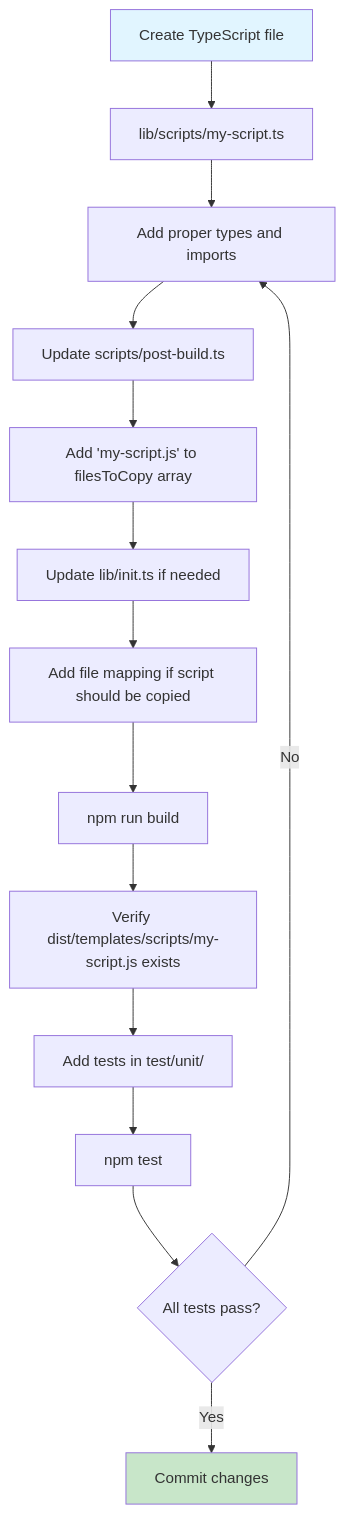
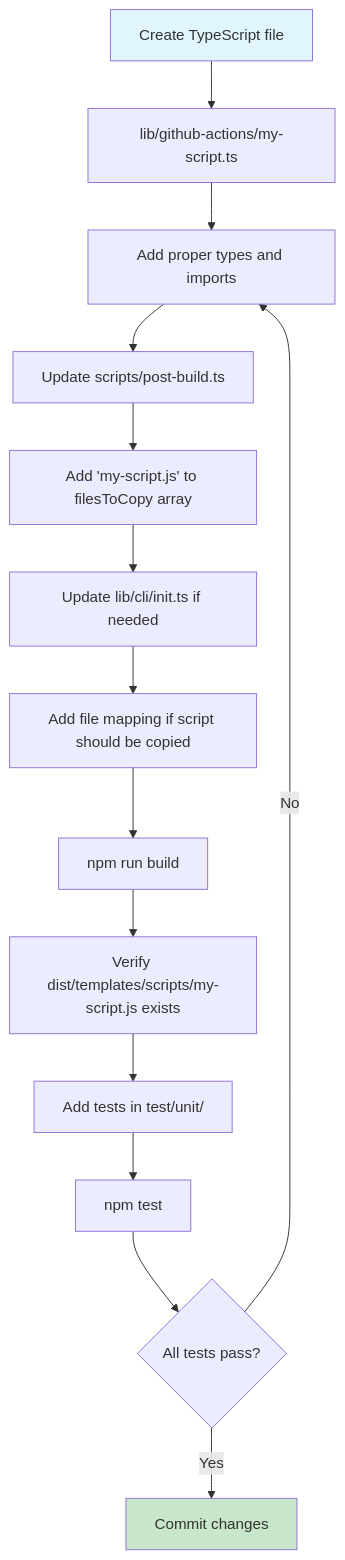
Before and after one commit to carolinapowers/vue-tdd-automation: the fourth of 4 diagrams in docs/ARCHITECTURE.md, drawn with Mermaid. The commit also changed other lines of this file and 4 other files, not shown here.

````diff
--- a/docs/ARCHITECTURE.md
+++ b/docs/ARCHITECTURE.md
@@ -230,19 +235,19 @@
 ```mermaid
 graph TD
-    A[Create TypeScript file] --> B[lib/scripts/my-script.ts]
+    A[Create TypeScript file] --> B[lib/github-actions/my-script.ts]
     B --> C[Add proper types and imports]
     C --> D[Update scripts/post-build.ts]
     D --> E[Add 'my-script.js' to filesToCopy array]
-    E --> F[Update lib/init.ts if needed]
+    E --> F[Update lib/cli/init.ts if needed]
     F --> G[Add file mapping if script should be copied]
     G --> H[npm run build]
     H --> I[Verify dist/templates/scripts/my-script.js exists]
     I --> J[Add tests in test/unit/]
     J --> K[npm test]
     K --> L{All tests pass?}
     L -->|Yes| M[Commit changes]
     L -->|No| C
 
     style A fill:#e1f5ff
     style M fill:#c8e6c9
 ```
````
